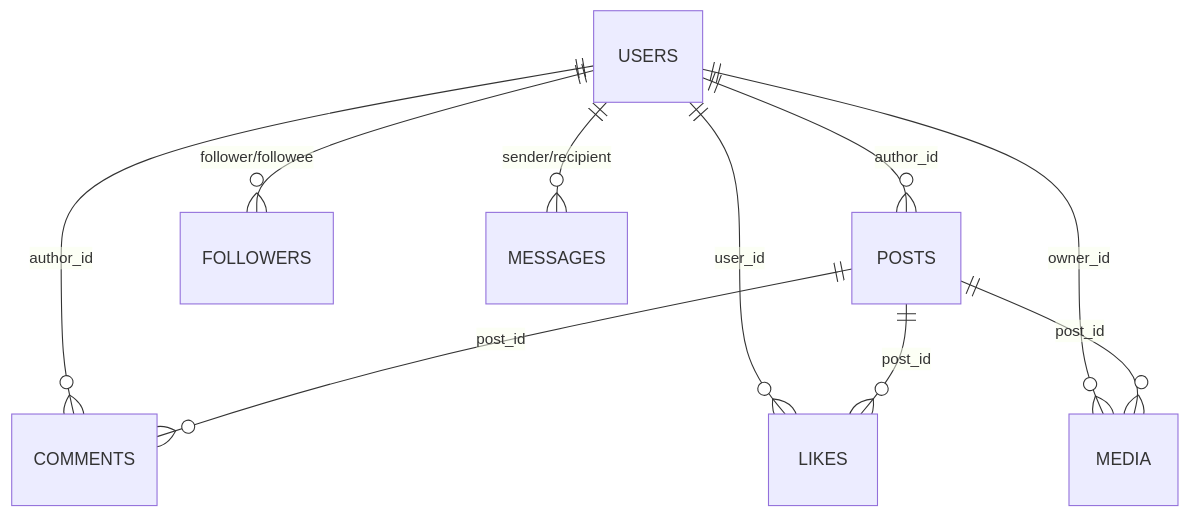
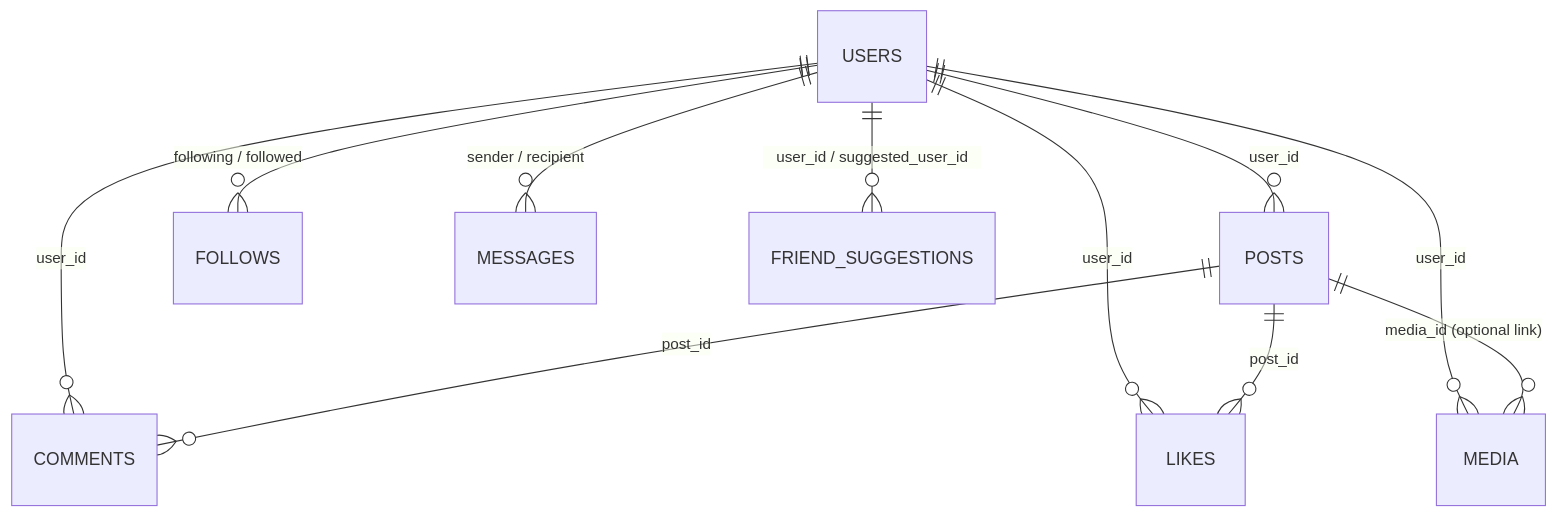
One commit to JacobR-CSUF/cpsc362-group-proj changed the diagram in docs/DATABASE.md. Above: the diagram before and after it, drawn with Mermaid. The commit also changed other lines of this file, not shown here.

````diff
--- a/docs/DATABASE.md
+++ b/docs/DATABASE.md
@@ -157,13 +167,15 @@
 ```mermaid
 erDiagram
-  USERS ||--o{ POSTS : "author_id"
-  USERS ||--o{ COMMENTS : "author_id"
+  USERS ||--o{ POSTS : "user_id"
+  USERS ||--o{ COMMENTS : "user_id"
   USERS ||--o{ LIKES : "user_id"
-  USERS ||--o{ FOLLOWERS : "follower/followee"
-  USERS ||--o{ MESSAGES : "sender/recipient"
-  USERS ||--o{ MEDIA : "owner_id"
+  USERS ||--o{ FOLLOWS : "following / followed"
+  USERS ||--o{ MESSAGES : "sender / recipient"
+  USERS ||--o{ MEDIA : "user_id"
+  USERS ||--o{ FRIEND_SUGGESTIONS : "user_id / suggested_user_id"
 
   POSTS ||--o{ COMMENTS : "post_id"
   POSTS ||--o{ LIKES : "post_id"
-  POSTS ||--o{ MEDIA : "post_id"
+  POSTS ||--o{ MEDIA : "media_id (optional link)"
+
 ```
````
